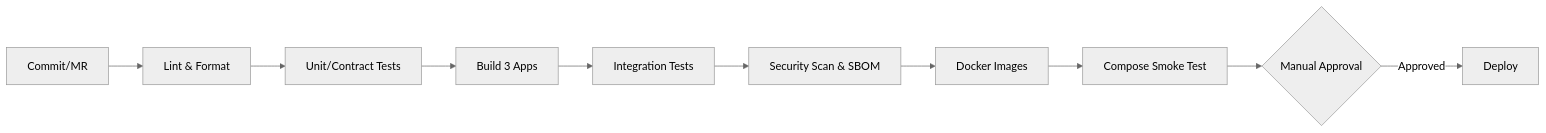
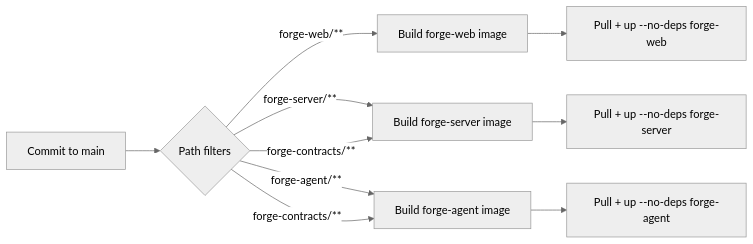
One commit to yanghheda/forge-ai changed the seventh of 7 diagrams in docs/design/ForgeAI_完整技术方案_v1.3.md. Above: the diagram before and after it, drawn with Mermaid (neutral theme). The commit also changed other lines of this file and 25 other files, not shown here.

````diff
--- a/docs/design/ForgeAI_完整技术方案_v1.3.md
+++ b/docs/design/ForgeAI_完整技术方案_v1.3.md
@@ -1186,12 +1196,12 @@
 ```mermaid
 flowchart LR
-    C[Commit/MR] --> L[Lint & Format]
-    L --> T[Unit/Contract Tests]
-    T --> B[Build 3 Apps]
-    B --> I[Integration Tests]
-    I --> S[Security Scan & SBOM]
-    S --> D[Docker Images]
-    D --> M[Compose Smoke Test]
-    M --> A{Manual Approval}
-    A -->|Approved| P[Deploy]
+    C[Commit to main] --> F{Path filters}
+    F -->|forge-web/**| W[Build forge-web image]
+    F -->|forge-server/**| S[Build forge-server image]
+    F -->|forge-agent/**| A[Build forge-agent image]
+    F -->|forge-contracts/**| S
+    F -->|forge-contracts/**| A
+    W --> DW[Pull + up --no-deps forge-web]
+    S --> DS[Pull + up --no-deps forge-server]
+    A --> DA[Pull + up --no-deps forge-agent]
 ```
````
